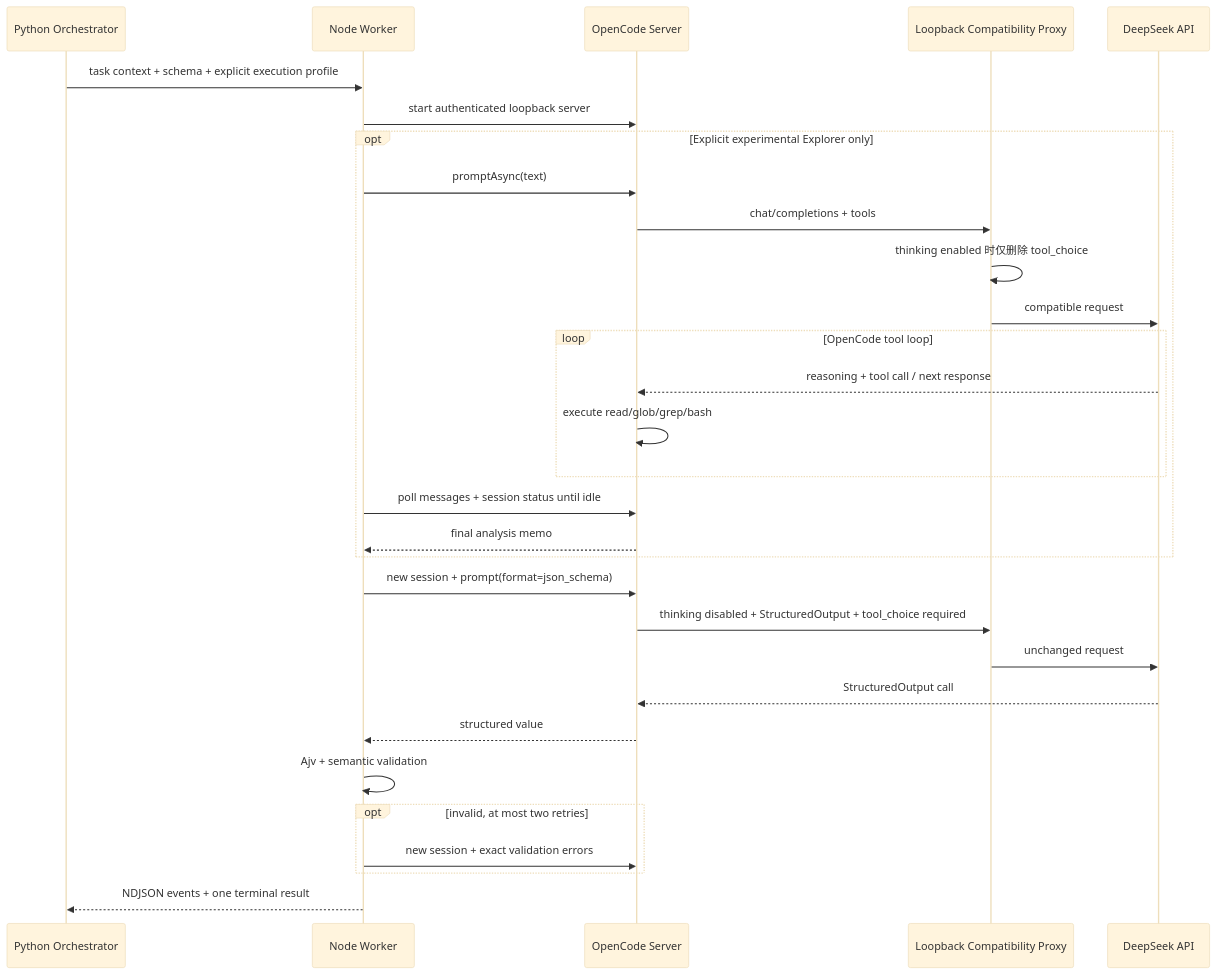
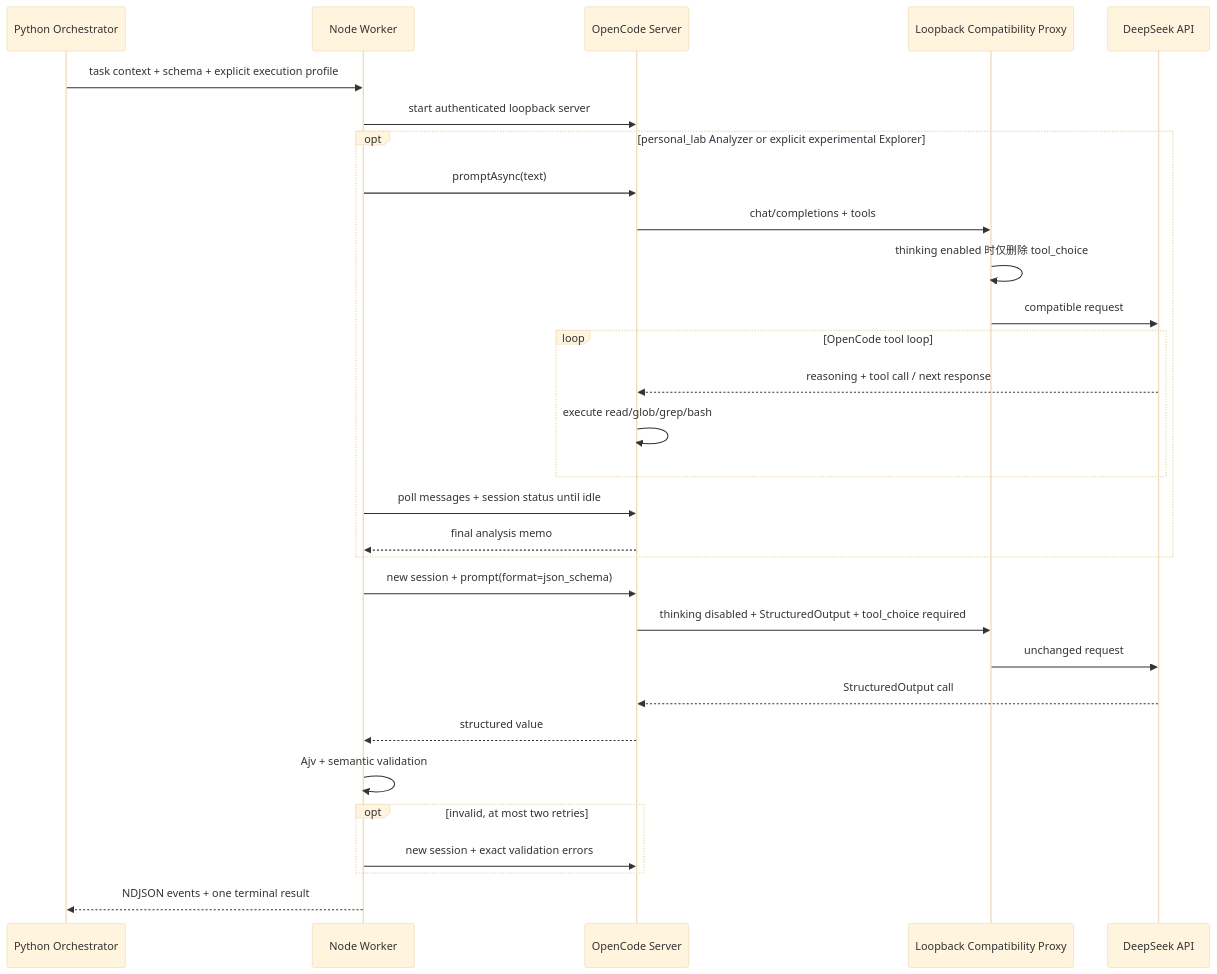
One commit to Nijika0529/ApkScanner changed the diagram in docs/opencode-deepseek.zh-CN.md. Above: the diagram before and after it, drawn with Mermaid (base theme). The commit also changed other lines of this file and 41 other files, not shown here.

````diff
--- a/docs/opencode-deepseek.zh-CN.md
+++ b/docs/opencode-deepseek.zh-CN.md
@@ -63,33 +68,33 @@
 ```mermaid
 sequenceDiagram
     participant P as Python Orchestrator
     participant W as Node Worker
     participant O as OpenCode Server
     participant X as Loopback Compatibility Proxy
     participant D as DeepSeek API
 
     P->>W: task context + schema + explicit execution profile
     W->>O: start authenticated loopback server
-    opt Explicit experimental Explorer only
+    opt personal_lab Analyzer or explicit experimental Explorer
         W->>O: promptAsync(text)
         O->>X: chat/completions + tools
         X->>X: thinking enabled 时仅删除 tool_choice
         X->>D: compatible request
         loop OpenCode tool loop
             D-->>O: reasoning + tool call / next response
             O->>O: execute read/glob/grep/bash
         end
         W->>O: poll messages + session status until idle
         O-->>W: final analysis memo
     end
     W->>O: new session + prompt(format=json_schema)
     O->>X: thinking disabled + StructuredOutput + tool_choice required
     X->>D: unchanged request
     D-->>O: StructuredOutput call
     O-->>W: structured value
     W->>W: Ajv + semantic validation
     opt invalid, at most two retries
         W->>O: new session + exact validation errors
     end
     W-->>P: NDJSON events + one terminal result
 ```
````
